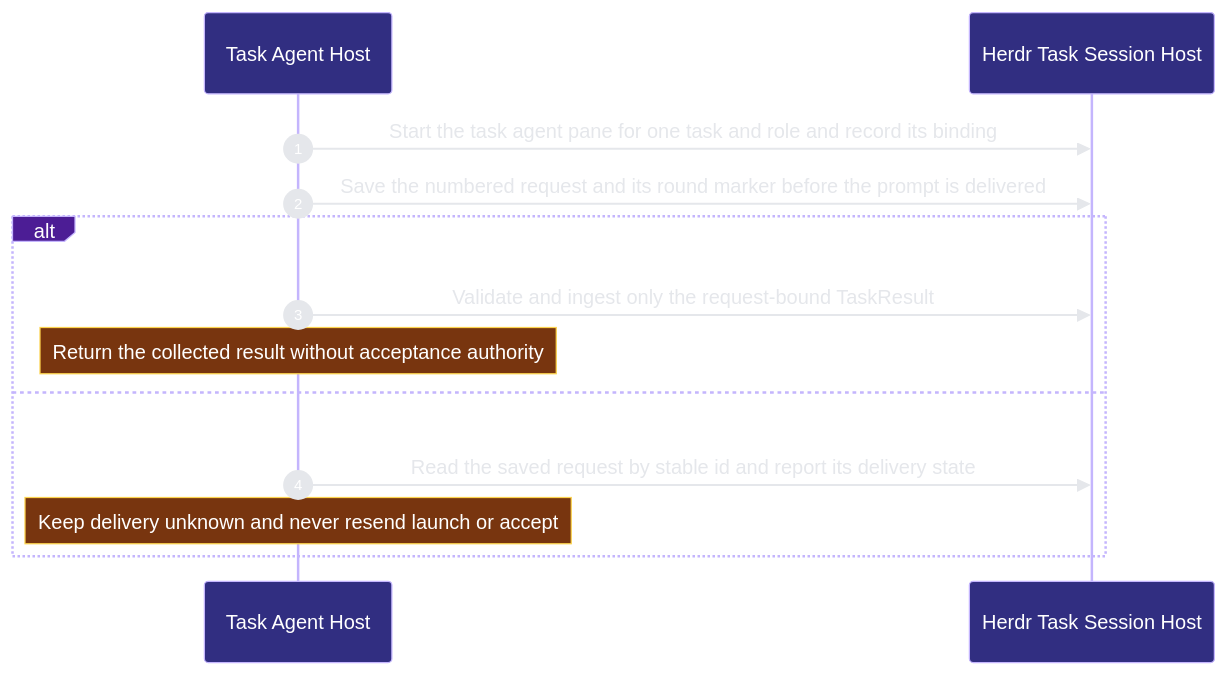
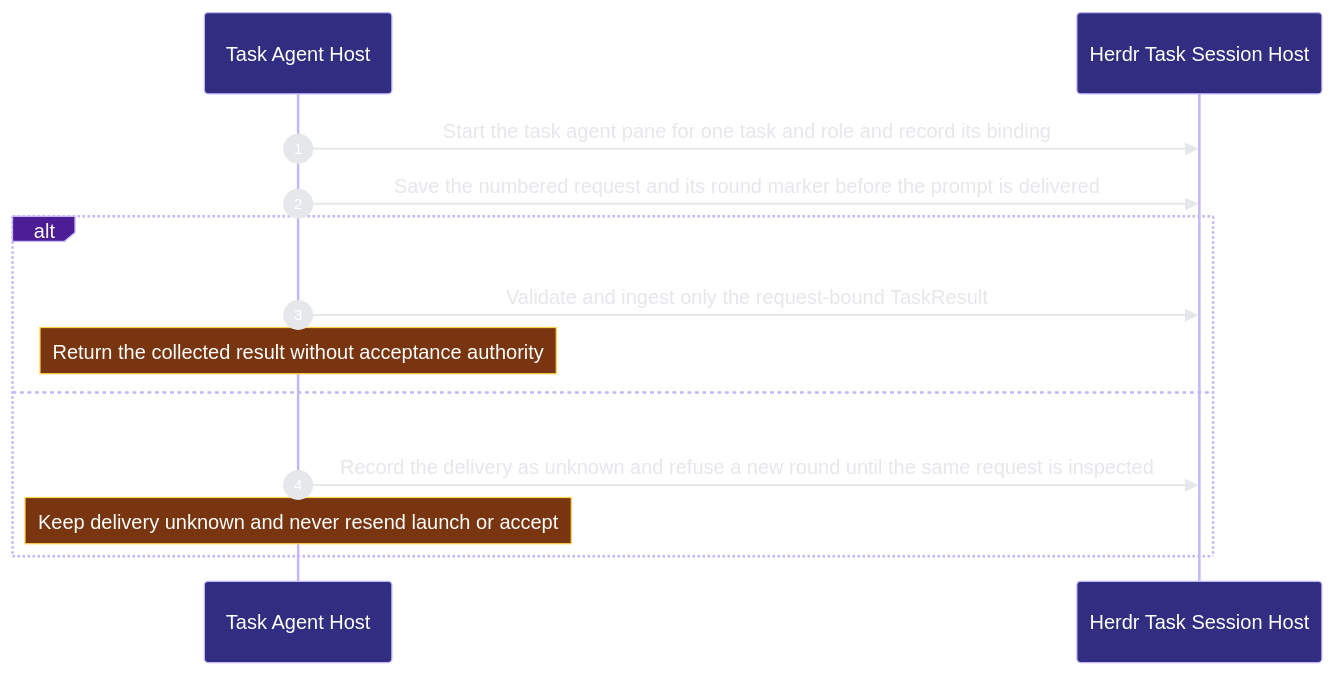
One commit to Ancienttwo/repo-harness changed the second of 2 diagrams in docs/architecture/modules/runtime-harness/task-agent-host.md. Above: the diagram before and after it, drawn with Mermaid. The commit also changed other lines of this file and 2 other files, not shown here.

Commit message:
docs(architecture): project the task-agent host change (#771)

````diff
--- a/docs/architecture/modules/runtime-harness/task-agent-host.md
+++ b/docs/architecture/modules/runtime-harness/task-agent-host.md
@@ -81,16 +83,16 @@
 ```mermaid
 %%{init: {"theme":"base","themeVariables":{"background":"#0d1117","actorBkg":"#312e81","actorBorder":"#c4b5fd","actorTextColor":"#ffffff","signalColor":"#e5e7eb","signalTextColor":"#e5e7eb","labelBoxBkgColor":"#4c1d95","labelBoxBorderColor":"#c4b5fd","labelTextColor":"#ffffff","noteBkgColor":"#78350f","noteBorderColor":"#fcd34d","noteTextColor":"#ffffff","sequenceNumberColor":"#ffffff"}}}%%
 sequenceDiagram
   autonumber
   participant p2_host_e62c1c09 as Task Agent Host
   participant p2_session_d4cd9053 as Herdr Task Session Host
   p2_host_e62c1c09->>p2_session_d4cd9053: Start the task agent pane for one task and role and record its binding
   p2_host_e62c1c09->>p2_session_d4cd9053: Save the numbered request and its round marker before the prompt is delivered
   alt The provider writes the exact request result
   p2_host_e62c1c09->>p2_session_d4cd9053: Validate and ingest only the request-bound TaskResult
     Note over p2_host_e62c1c09: Return the collected result without acceptance authority
   else The send response is lost or delivery is unknown
-  p2_host_e62c1c09->>p2_session_d4cd9053: Read the saved request by stable id and report its delivery state
+  p2_host_e62c1c09->>p2_session_d4cd9053: Record the delivery as unknown and refuse a new round until the same request is inspected
     Note over p2_host_e62c1c09: Keep delivery unknown and never resend launch or accept
   end
 ```
````
